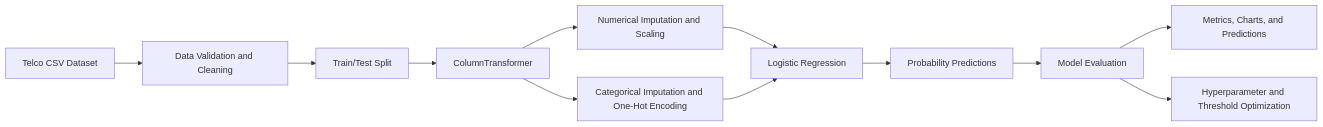
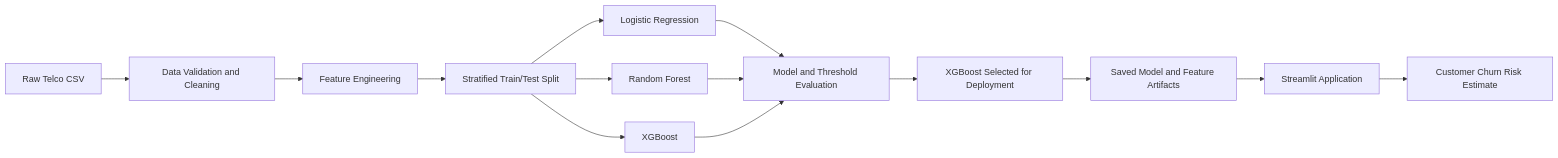
One commit to abdonkath/telco-churn-predictor changed the first of 2 diagrams in README.md. Above: the diagram before and after it, drawn with Mermaid. The commit also changed other lines of this file, not shown here.

````diff
--- a/README.md
+++ b/README.md
@@ -126,14 +123,19 @@
 ```mermaid
 flowchart LR
-    A[Telco CSV Dataset] --> B[Data Validation and Cleaning]
-    B --> C[Train/Test Split]
-    C --> D[ColumnTransformer]
-    D --> E1[Numerical Imputation and Scaling]
-    D --> E2[Categorical Imputation and One-Hot Encoding]
-    E1 --> F[Logistic Regression]
+    A[Raw Telco CSV] --> B[Data Validation and Cleaning]
+    B --> C[Feature Engineering]
+    C --> D[Stratified Train/Test Split]
+
+    D --> E1[Logistic Regression]
+    D --> E2[Random Forest]
+    D --> E3[XGBoost]
+
+    E1 --> F[Model and Threshold Evaluation]
     E2 --> F
-    F --> G[Probability Predictions]
-    G --> H[Model Evaluation]
-    H --> I[Metrics, Charts, and Predictions]
-    H --> J[Hyperparameter and Threshold Optimization]
+    E3 --> F
+
+    F --> G[XGBoost Selected for Deployment]
+    G --> H[Saved Model and Feature Artifacts]
+    H --> I[Streamlit Application]
+    I --> J[Customer Churn Risk Estimate]
 ```
````
